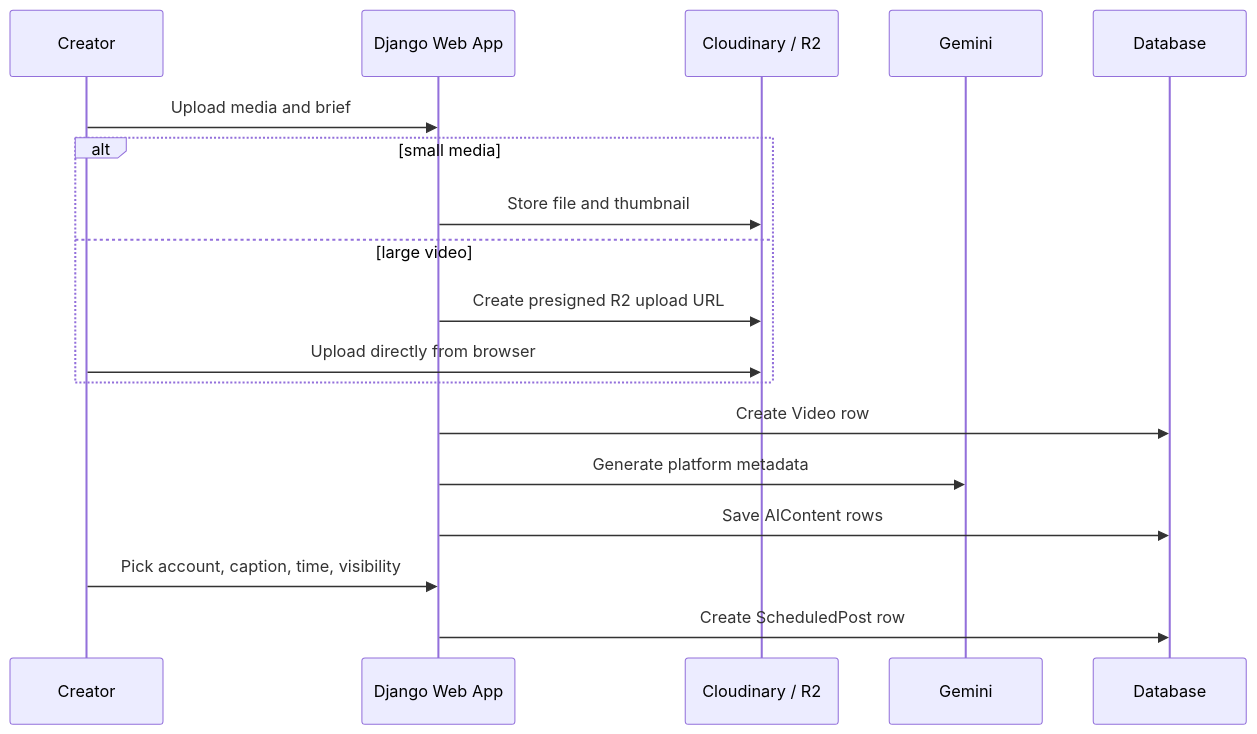
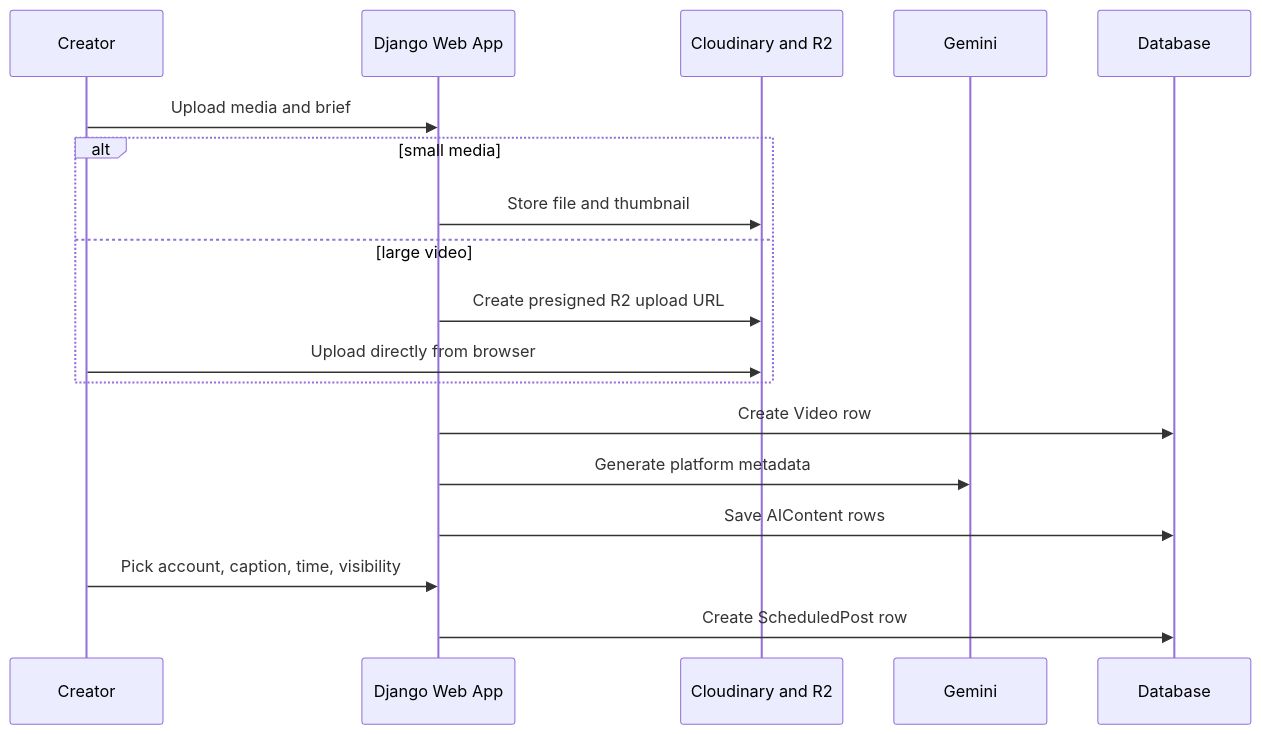
One commit to vennela100/ai-social-media-scheduler changed the third of 5 diagrams in README.md. Above: the diagram before and after it, drawn with Mermaid. The commit also changed other lines of this file, not shown here.

Commit message:
Fix README Mermaid diagrams

````diff
--- a/README.md
+++ b/README.md
@@ -63,21 +68,21 @@
 ```mermaid
 sequenceDiagram
     participant U as Creator
     participant W as Django Web App
-    participant S as Cloudinary / R2
+    participant S as Cloudinary and R2
     participant G as Gemini
     participant D as Database
 
     U->>W: Upload media and brief
     alt small media
         W->>S: Store file and thumbnail
     else large video
         W->>S: Create presigned R2 upload URL
         U->>S: Upload directly from browser
     end
     W->>D: Create Video row
     W->>G: Generate platform metadata
     W->>D: Save AIContent rows
     U->>W: Pick account, caption, time, visibility
     W->>D: Create ScheduledPost row
 ```
````
